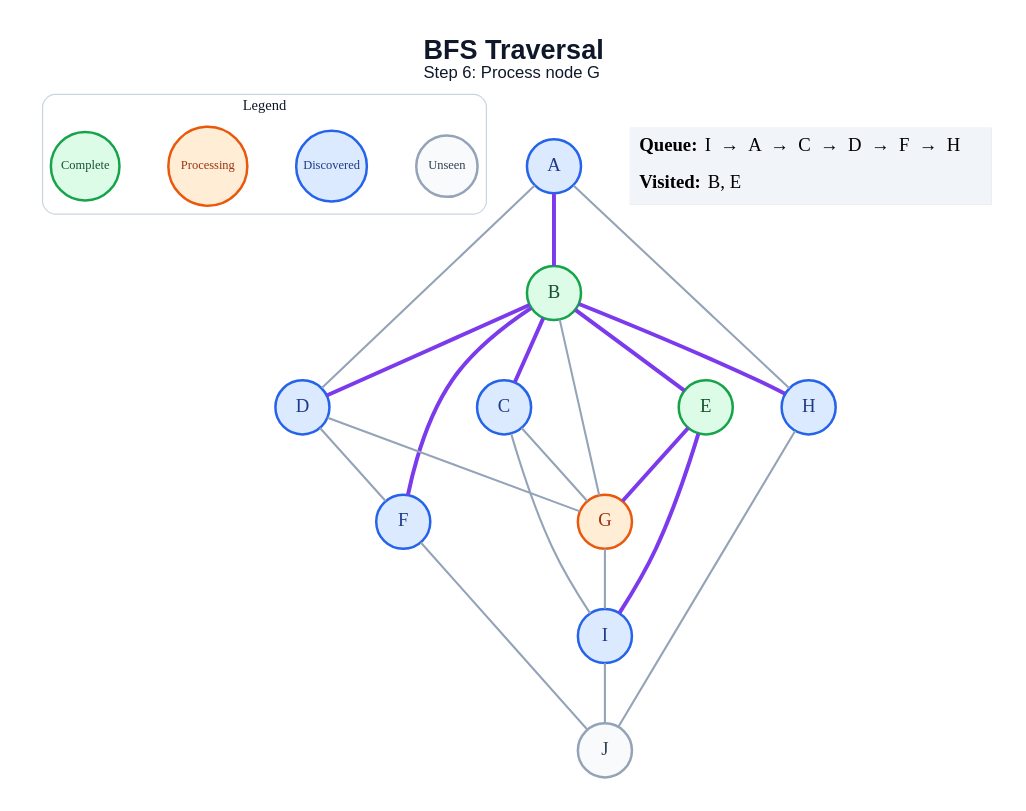
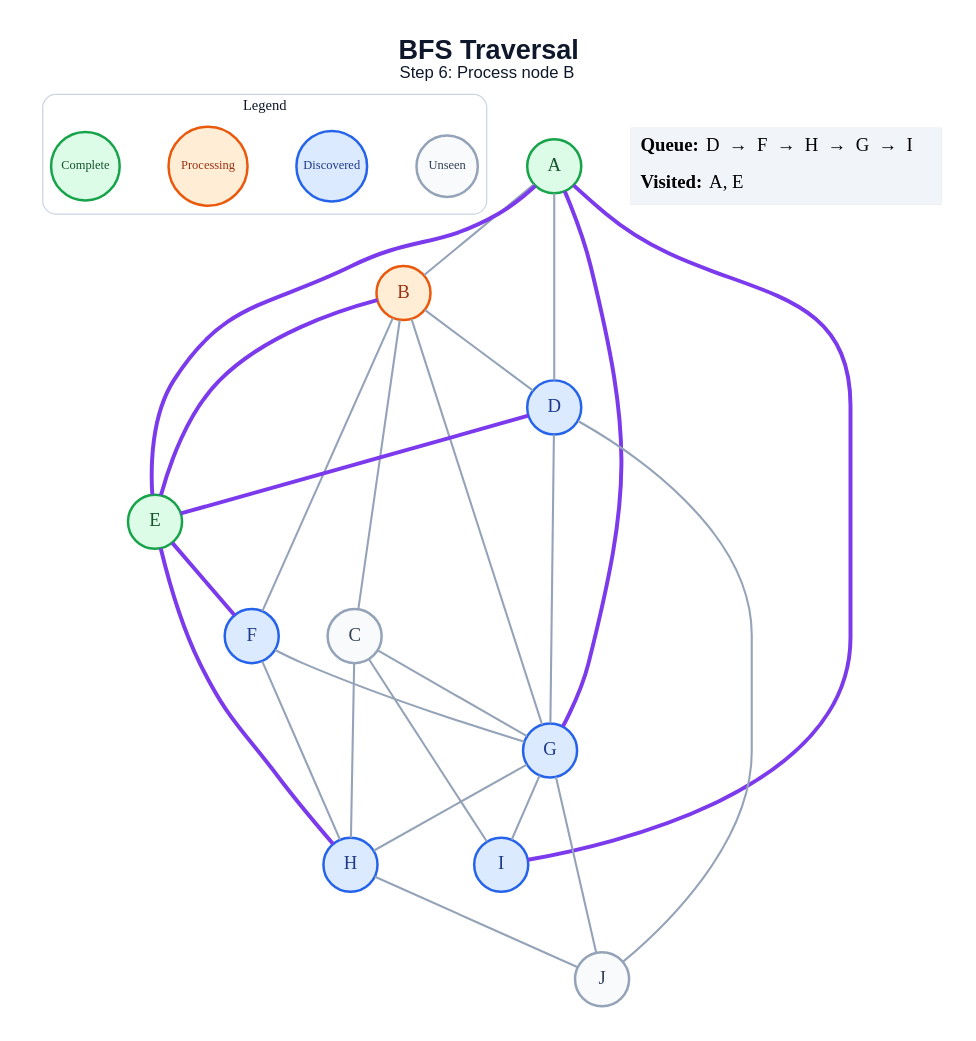
One commit to amanghodawala9/ai-slop changed the diagram in generated/specific-node/bfs/step_06.dot. Above: the diagram before and after it, drawn with Graphviz. The commit also changed 178 other files, not shown here.

```diff
--- a/generated/specific-node/bfs/step_06.dot
+++ b/generated/specific-node/bfs/step_06.dot
@@ -1,48 +1,53 @@
 graph traversal {
   graph [layout=dot, rankdir=TB, bgcolor="#FFFFFF", pad="0.35", nodesep="0.65", ranksep="0.8", fontname="Arial"];
   node [shape=circle, style="filled", fontname="Arial Bold", fontsize=18, width=0.72, fixedsize=true, penwidth=2.4];
   edge [color="#94A3B8", penwidth=2.0];
-  label=<<B>BFS Traversal</B><BR/><FONT POINT-SIZE="16">Step 6: Process node G</FONT>>; labelloc="t"; fontsize=26; fontname="Arial"; fontcolor="#0F172A";
+  label=<<B>BFS Traversal</B><BR/><FONT POINT-SIZE="16">Step 6: Process node B</FONT>>; labelloc="t"; fontsize=26; fontname="Arial"; fontcolor="#0F172A";
   subgraph cluster_legend { label="Legend"; color="#CBD5E1"; penwidth=1.2; style="rounded"; fontsize=14; fontname="Arial Bold";
     key_unseen [label="Unseen", fillcolor="#F8FAFC", color="#94A3B8", fontcolor="#334155", fontsize=12, width=0.82];
     key_frontier [label="Discovered", fillcolor="#DBEAFE", color="#2563EB", fontcolor="#1E3A8A", fontsize=12, width=0.95];
     key_current [label="Processing", fillcolor="#FFEDD5", color="#EA580C", fontcolor="#9A3412", fontsize=12, width=1.05];
     key_done [label="Complete", fillcolor="#DCFCE7", color="#16A34A", fontcolor="#14532D", fontsize=12, width=0.92];
     { rank=same; key_unseen; key_frontier; key_current; key_done; }
   }
-  A [fillcolor="#DBEAFE", color="#2563EB", fontcolor="#1E3A8A"];
-  B [fillcolor="#DCFCE7", color="#16A34A", fontcolor="#14532D"];
-  C [fillcolor="#DBEAFE", color="#2563EB", fontcolor="#1E3A8A"];
+  A [fillcolor="#DCFCE7", color="#16A34A", fontcolor="#14532D"];
+  B [fillcolor="#FFEDD5", color="#EA580C", fontcolor="#9A3412"];
+  C [fillcolor="#F8FAFC", color="#94A3B8", fontcolor="#334155"];
   D [fillcolor="#DBEAFE", color="#2563EB", fontcolor="#1E3A8A"];
   E [fillcolor="#DCFCE7", color="#16A34A", fontcolor="#14532D"];
   F [fillcolor="#DBEAFE", color="#2563EB", fontcolor="#1E3A8A"];
-  G [fillcolor="#FFEDD5", color="#EA580C", fontcolor="#9A3412"];
+  G [fillcolor="#DBEAFE", color="#2563EB", fontcolor="#1E3A8A"];
   H [fillcolor="#DBEAFE", color="#2563EB", fontcolor="#1E3A8A"];
   I [fillcolor="#DBEAFE", color="#2563EB", fontcolor="#1E3A8A"];
   J [fillcolor="#F8FAFC", color="#94A3B8", fontcolor="#334155"];
-  A -- B [color="#7C3AED", penwidth=3.8];
+  A -- B;
   A -- D;
-  A -- H;
-  B -- C [color="#7C3AED", penwidth=3.8];
-  B -- D [color="#7C3AED", penwidth=3.8];
+  A -- E [color="#7C3AED", penwidth=3.8];
+  A -- G [color="#7C3AED", penwidth=3.8];
+  A -- I [color="#7C3AED", penwidth=3.8];
+  B -- C;
+  B -- D;
   B -- E [color="#7C3AED", penwidth=3.8];
-  B -- F [color="#7C3AED", penwidth=3.8];
+  B -- F;
   B -- G;
-  B -- H [color="#7C3AED", penwidth=3.8];
   C -- G;
+  C -- H;
   C -- I;
-  D -- F;
+  D -- E [color="#7C3AED", penwidth=3.8];
   D -- G;
-  E -- G [color="#7C3AED", penwidth=3.8];
-  E -- I [color="#7C3AED", penwidth=3.8];
-  F -- J;
+  D -- J;
+  E -- F [color="#7C3AED", penwidth=3.8];
+  E -- H [color="#7C3AED", penwidth=3.8];
+  F -- G;
+  F -- H;
+  G -- H;
   G -- I;
+  G -- J;
   H -- J;
-  I -- J;
   status [shape=plain, fixedsize=false, width=0, height=0, margin=0, label=<
     <TABLE BORDER="0" CELLBORDER="0" CELLPADDING="7" BGCOLOR="#F1F5F9">
-      <TR><TD ALIGN="LEFT"><B>Queue:</B> I  →  A  →  C  →  D  →  F  →  H</TD></TR>
-      <TR><TD ALIGN="LEFT"><B>Visited:</B> B, E</TD></TR>
+      <TR><TD ALIGN="LEFT"><B>Queue:</B> D  →  F  →  H  →  G  →  I</TD></TR>
+      <TR><TD ALIGN="LEFT"><B>Visited:</B> A, E</TD></TR>
     </TABLE>
   >];
 }
```
